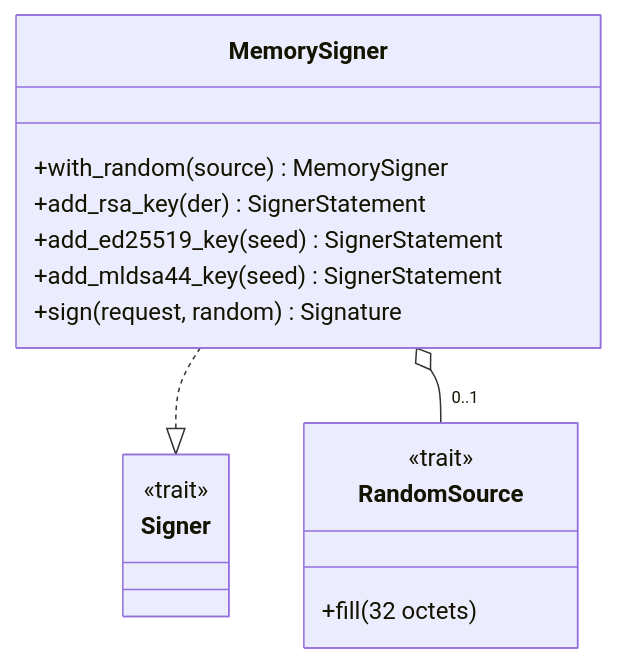
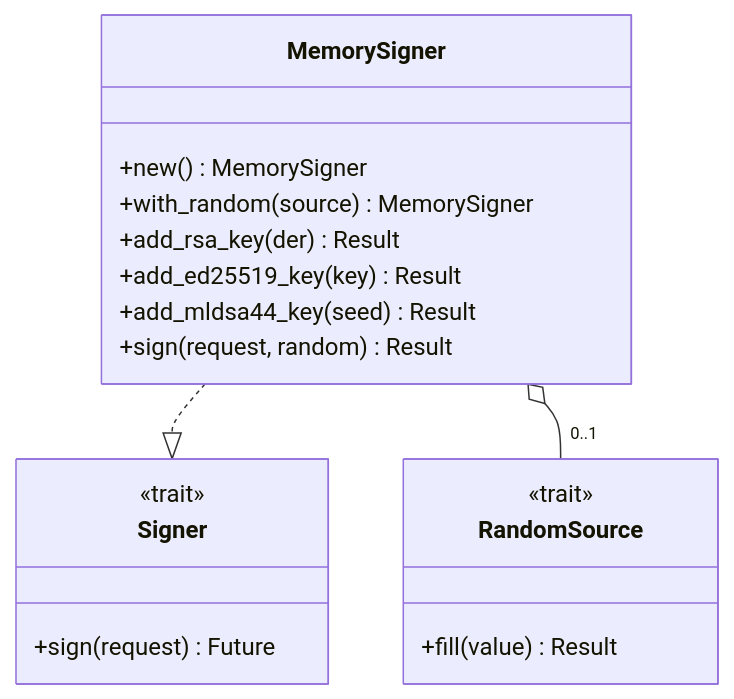
Before and after one commit to photom/hallmark: the second of 2 diagrams in docs/reference/api/signing.md, drawn with Mermaid. The commit also changed other lines of this file and 6 other files, not shown here.

````diff
--- a/docs/reference/api/signing.md
+++ b/docs/reference/api/signing.md
@@ -56,19 +102,21 @@
 ```mermaid
 classDiagram
     class MemorySigner {
+        +new() MemorySigner
         +with_random(source) MemorySigner
-        +add_rsa_key(der) SignerStatement
-        +add_ed25519_key(seed) SignerStatement
-        +add_mldsa44_key(seed) SignerStatement
-        +sign(request, random) Signature
+        +add_rsa_key(der) Result
+        +add_ed25519_key(key) Result
+        +add_mldsa44_key(seed) Result
+        +sign(request, random) Result
     }
     class RandomSource {
         <<trait>>
-        +fill(32 octets)
+        +fill(value) Result
     }
     class Signer {
         <<trait>>
+        +sign(request) Future
     }
     MemorySigner ..|> Signer
     MemorySigner o-- "0..1" RandomSource
 ```
````
